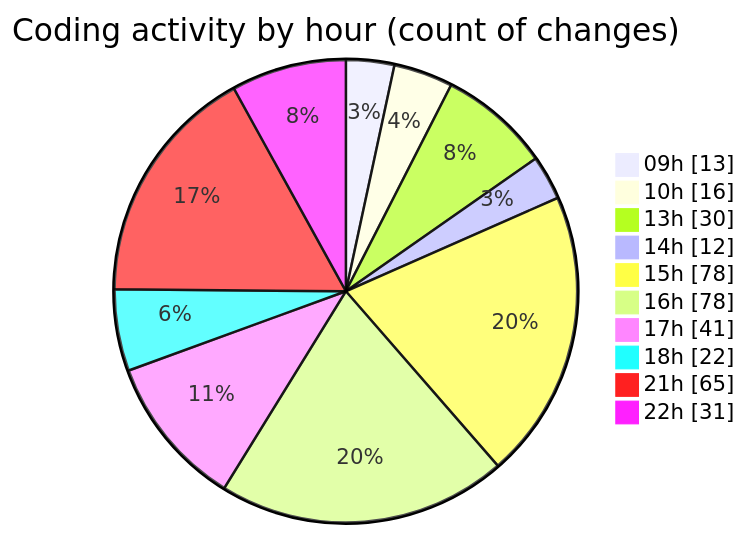
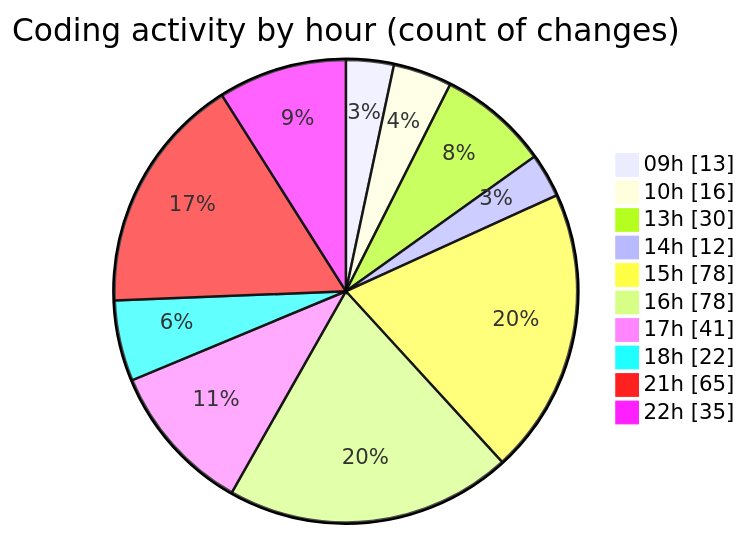
One commit to momahboobian/code-tracking changed the second of 2 diagrams in 2025-03-31/cda/README.md. Above: the diagram before and after it, drawn with Mermaid. The commit also changed other lines of this file and 1 other file, not shown here.

````diff
--- a/2025-03-31/cda/README.md
+++ b/2025-03-31/cda/README.md
@@ -50,14 +50,14 @@
 ```mermaid
 pie showData
 title Coding activity by hour (count of changes)
 "09h" : 13
 "10h" : 16
 "13h" : 30
 "14h" : 12
 "15h" : 78
 "16h" : 78
 "17h" : 41
 "18h" : 22
 "21h" : 65
-"22h" : 31
+"22h" : 35
 ```
````
